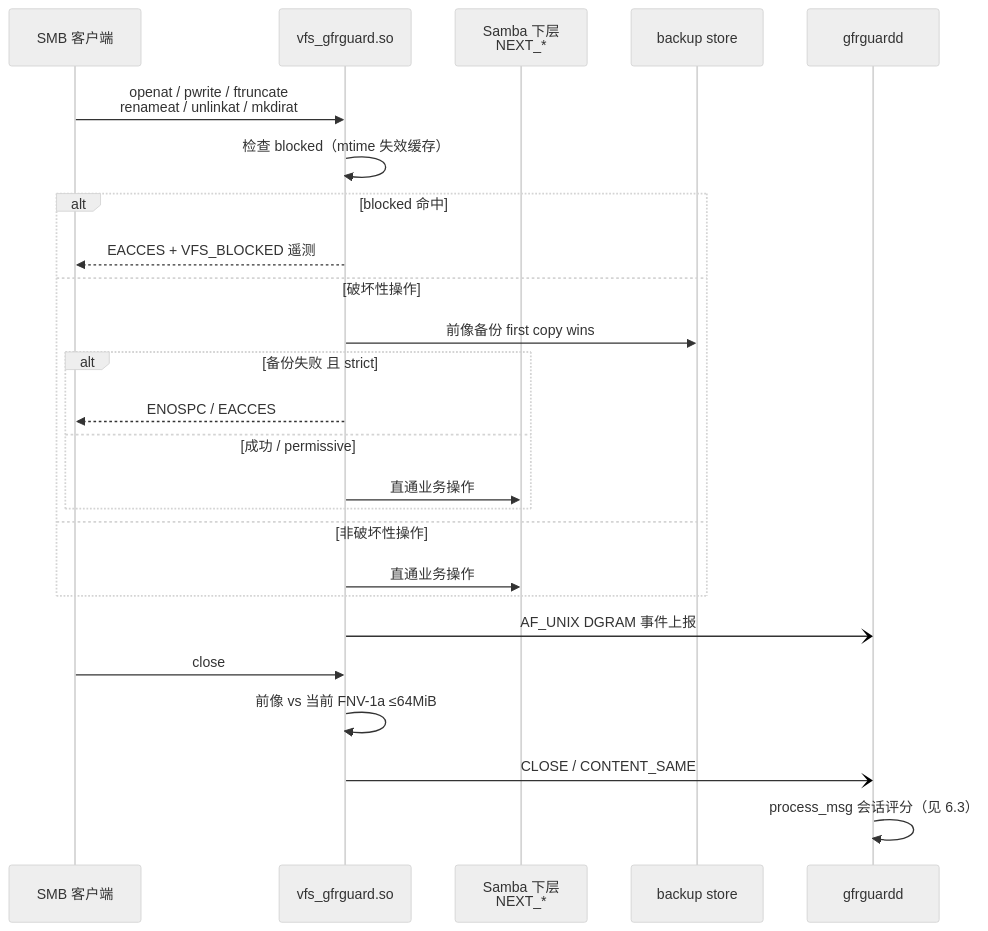
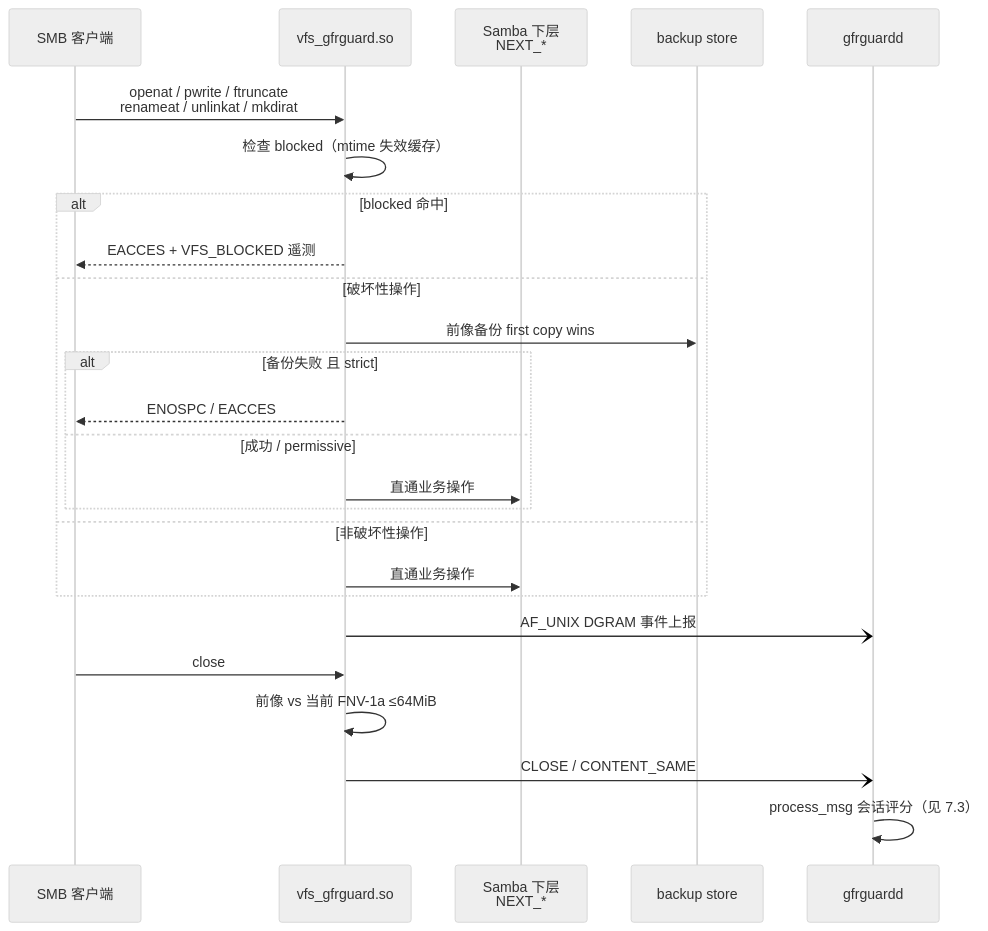
Before and after one commit to xd121614/ne_gfrguard: the fifth of 11 diagrams in doc/specs/architecture_v2.md, drawn with Mermaid (neutral theme). The commit also changed other lines of this file, not shown here.

````diff
--- a/doc/specs/architecture_v2.md
+++ b/doc/specs/architecture_v2.md
@@ -242,28 +315,28 @@
 ```mermaid
 sequenceDiagram
 	participant CL as SMB 客户端
 	participant VFS as vfs_gfrguard.so
 	participant NEXT as Samba 下层<br/>NEXT_*
 	participant STORE as backup store
 	participant DMN as gfrguardd
 
 	CL->>VFS: openat / pwrite / ftruncate<br/>renameat / unlinkat / mkdirat
 	VFS->>VFS: 检查 blocked（mtime 失效缓存）
 	alt blocked 命中
 		VFS-->>CL: EACCES + VFS_BLOCKED 遥测
 	else 破坏性操作
 		VFS->>STORE: 前像备份 first copy wins
 		alt 备份失败 且 strict
 			VFS-->>CL: ENOSPC / EACCES
 		else 成功 / permissive
 			VFS->>NEXT: 直通业务操作
 		end
 	else 非破坏性操作
 		VFS->>NEXT: 直通业务操作
 	end
 	VFS-)DMN: AF_UNIX DGRAM 事件上报
 	CL->>VFS: close
 	VFS->>VFS: 前像 vs 当前 FNV-1a ≤64MiB
 	VFS-)DMN: CLOSE / CONTENT_SAME
-	DMN->>DMN: process_msg 会话评分（见 6.3）
+	DMN->>DMN: process_msg 会话评分（见 7.3）
 ```
````
